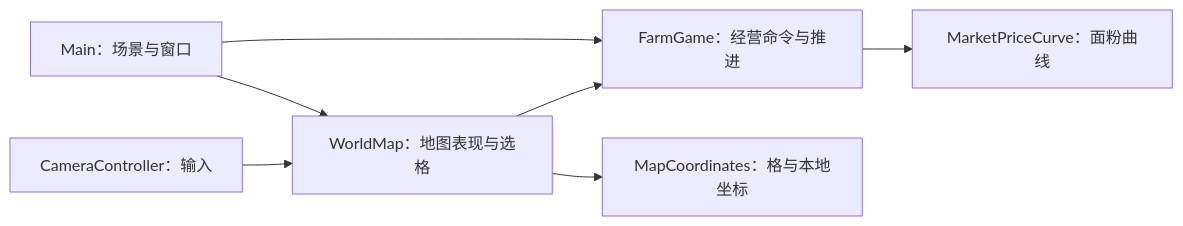
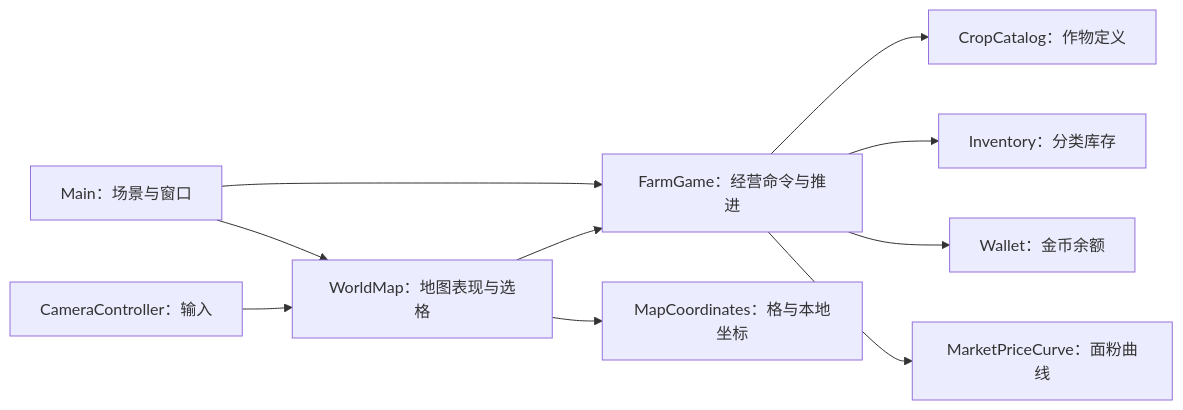
One commit to Fotally/Farm-Exchange changed the diagram in docs/architecture/implementation-system-organization.md. Above: the diagram before and after it, drawn with Mermaid. The commit also changed other lines of this file and 23 other files, not shown here.

````diff
--- a/docs/architecture/implementation-system-organization.md
+++ b/docs/architecture/implementation-system-organization.md
@@ -5,9 +5,12 @@
 ```mermaid
 flowchart LR
     Main[Main：场景与窗口] --> FarmGame[FarmGame：经营命令与推进]
     Main --> WorldMap[WorldMap：地图表现与选格]
     Camera[CameraController：输入] --> WorldMap
     WorldMap --> MapCoordinates[MapCoordinates：格与本地坐标]
     WorldMap --> FarmGame
+    FarmGame --> CropCatalog[CropCatalog：作物定义]
+    FarmGame --> Inventory[Inventory：分类库存]
+    FarmGame --> Wallet[Wallet：金币余额]
     FarmGame --> Market[MarketPriceCurve：面粉曲线]
 ```
````
